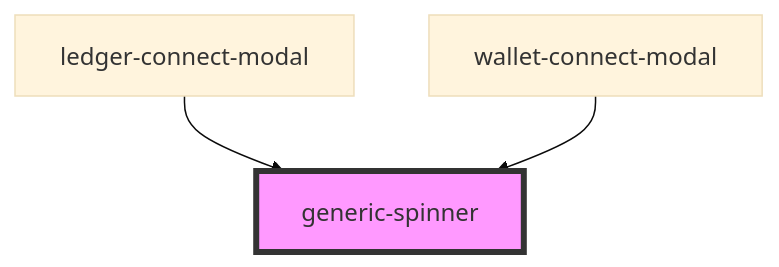
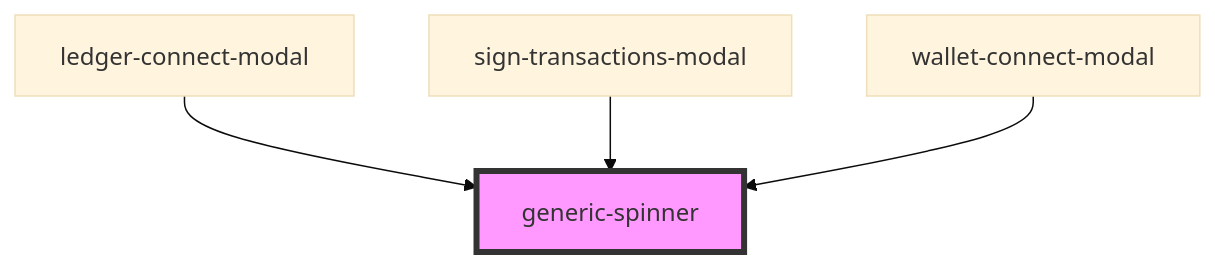
One commit to multiversx/mx-sdk-dapp-ui changed the diagram in src/common/generic-spinner/readme.md. Above: the diagram before and after it, drawn with Mermaid (base theme). The commit also changed other lines of this file and 13 other files, not shown here.

Commit message:
Update sign transaction modal component

````diff
--- a/src/common/generic-spinner/readme.md
+++ b/src/common/generic-spinner/readme.md
@@ -16,6 +17,7 @@
 ```mermaid
 graph TD;
   ledger-connect-modal --> generic-spinner
+  sign-transactions-modal --> generic-spinner
   wallet-connect-modal --> generic-spinner
   style generic-spinner fill:#f9f,stroke:#333,stroke-width:4px
 ```
````
